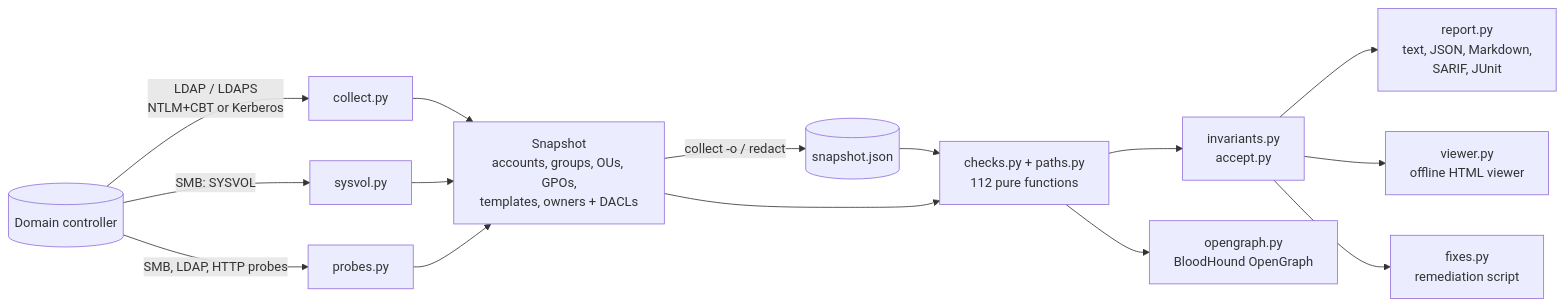
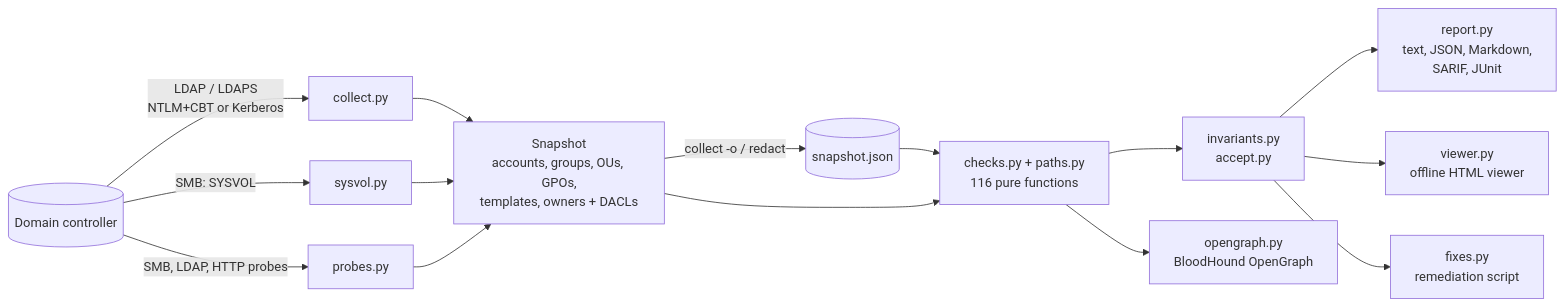
The diagram in README.md (brkozer/ad-doctor), drawn with Mermaid before and after one commit. The commit also changed other lines of this file and 14 other files, not shown here.

````diff
--- a/README.md
+++ b/README.md
@@ -454,17 +464,17 @@
 ```mermaid
 flowchart LR
     DC[(Domain controller)] -- "LDAP / LDAPS<br/>NTLM+CBT or Kerberos" --> C[collect.py]
     DC -- "SMB: SYSVOL" --> V[sysvol.py]
     DC -- "SMB, LDAP, HTTP probes" --> P[probes.py]
     C --> S[Snapshot<br/>accounts, groups, OUs, GPOs,<br/>templates, owners + DACLs]
     V --> S
     P --> S
     S -- "collect -o / redact" --> F[(snapshot.json)]
     F --> A
-    S --> A[checks.py + paths.py<br/>112 pure functions]
+    S --> A[checks.py + paths.py<br/>116 pure functions]
     A --> I[invariants.py<br/>accept.py]
     I --> R[report.py<br/>text, JSON, Markdown,<br/>SARIF, JUnit]
     I --> W[viewer.py<br/>offline HTML viewer]
     I --> X[fixes.py<br/>remediation script]
     A --> O[opengraph.py<br/>BloodHound OpenGraph]
 ```
````
